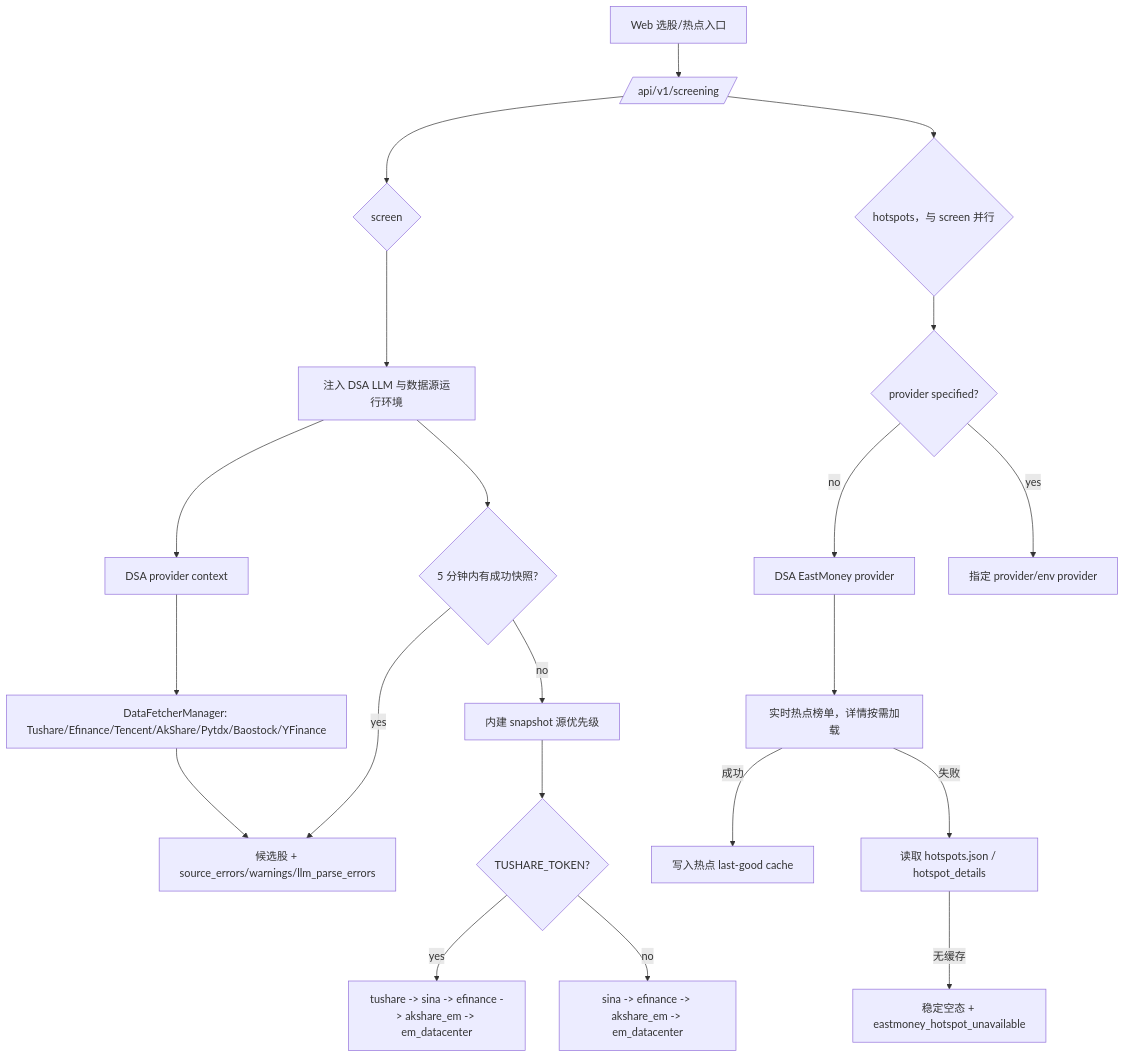
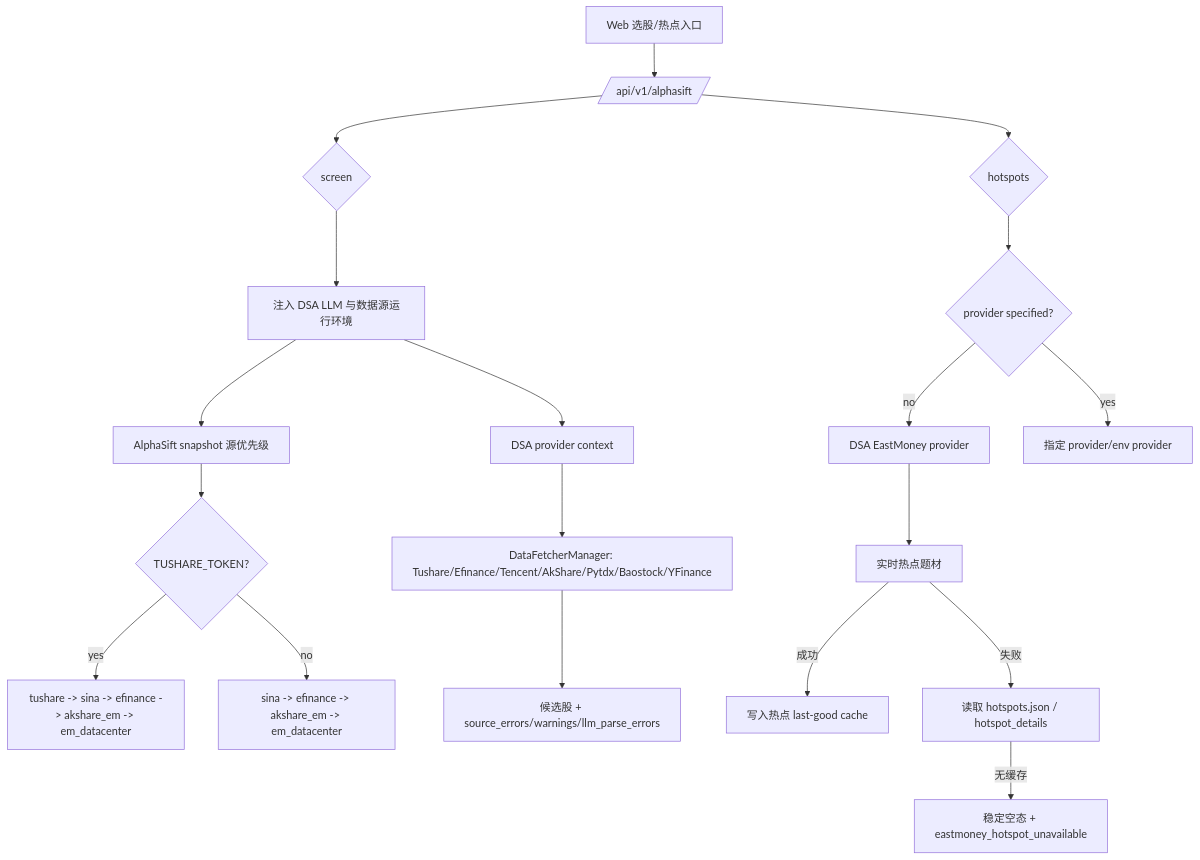
One commit to GuaPiGua/daily_stock_analysis changed the third of 3 diagrams in docs/data-source-stability.md. Above: the diagram before and after it, drawn with Mermaid. The commit also changed other lines of this file and 404 other files, not shown here.

````diff
--- a/docs/data-source-stability.md
+++ b/docs/data-source-stability.md
@@ -96,25 +96,23 @@
 ```mermaid
 flowchart TD
-    UI[Web 选股/热点入口] --> API[/api/v1/screening/]
+    UI[Web 选股/热点入口] --> API[/api/v1/alphasift/]
 
     API --> SCREEN{screen}
     SCREEN --> ENV[注入 DSA LLM 与数据源运行环境]
-    ENV --> CACHE{5 分钟内有成功快照?}
-    CACHE -->|yes| RESULT
-    CACHE -->|no| SNAP[内建 snapshot 源优先级]
+    ENV --> SNAP[AlphaSift snapshot 源优先级]
     SNAP --> TS{TUSHARE_TOKEN?}
     TS -->|yes| SP1[tushare -> sina -> efinance -> akshare_em -> em_datacenter]
     TS -->|no| SP2[sina -> efinance -> akshare_em -> em_datacenter]
     ENV --> DAILY[DSA provider context]
     DAILY --> DFM[DataFetcherManager: Tushare/Efinance/Tencent/AkShare/Pytdx/Baostock/YFinance]
     DFM --> RESULT[候选股 + source_errors/warnings/llm_parse_errors]
 
-    API --> HOT{hotspots，与 screen 并行}
+    API --> HOT{hotspots}
     HOT --> HP{provider specified?}
     HP -->|no| EM[DSA EastMoney provider]
     HP -->|yes| CUSTOM[指定 provider/env provider]
-    EM --> LIVE[实时热点榜单，详情按需加载]
+    EM --> LIVE[实时热点题材]
     LIVE -->|成功| HCACHE[写入热点 last-good cache]
     LIVE -->|失败| OLD[读取 hotspots.json / hotspot_details]
     OLD -->|无缓存| EMPTY[稳定空态 + eastmoney_hotspot_unavailable]
 ```
````
